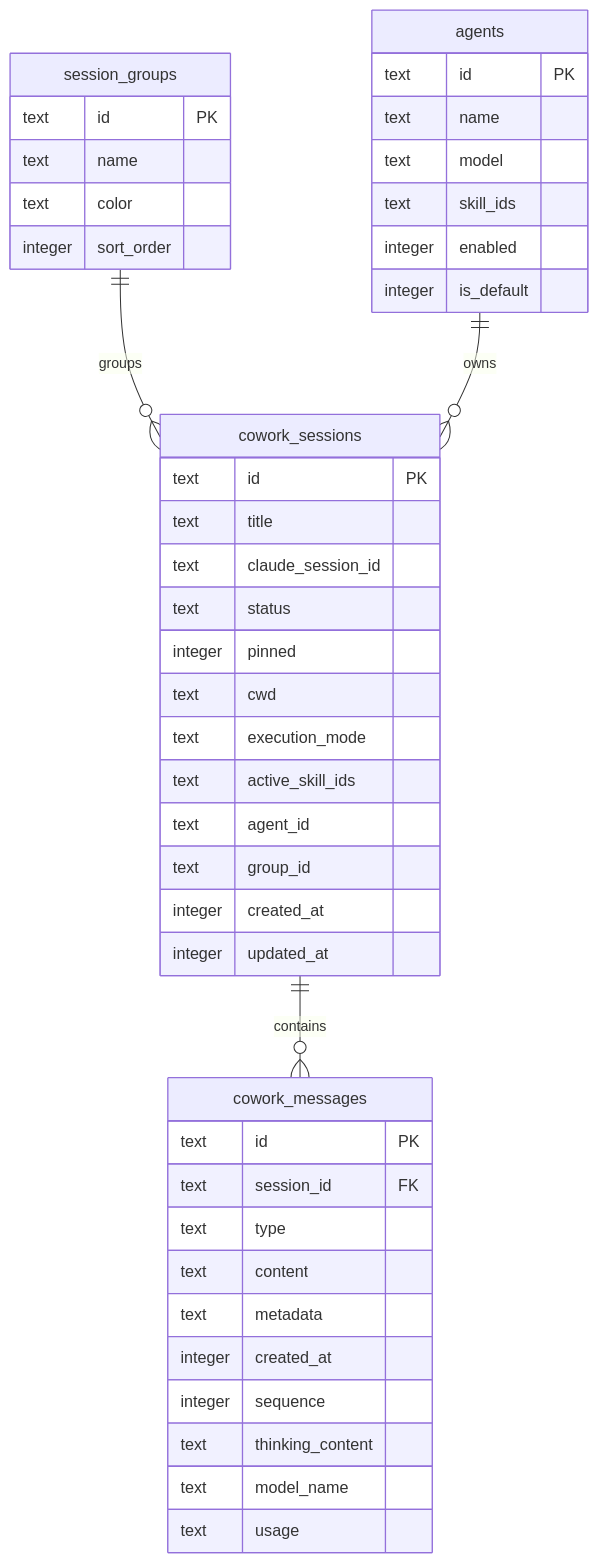
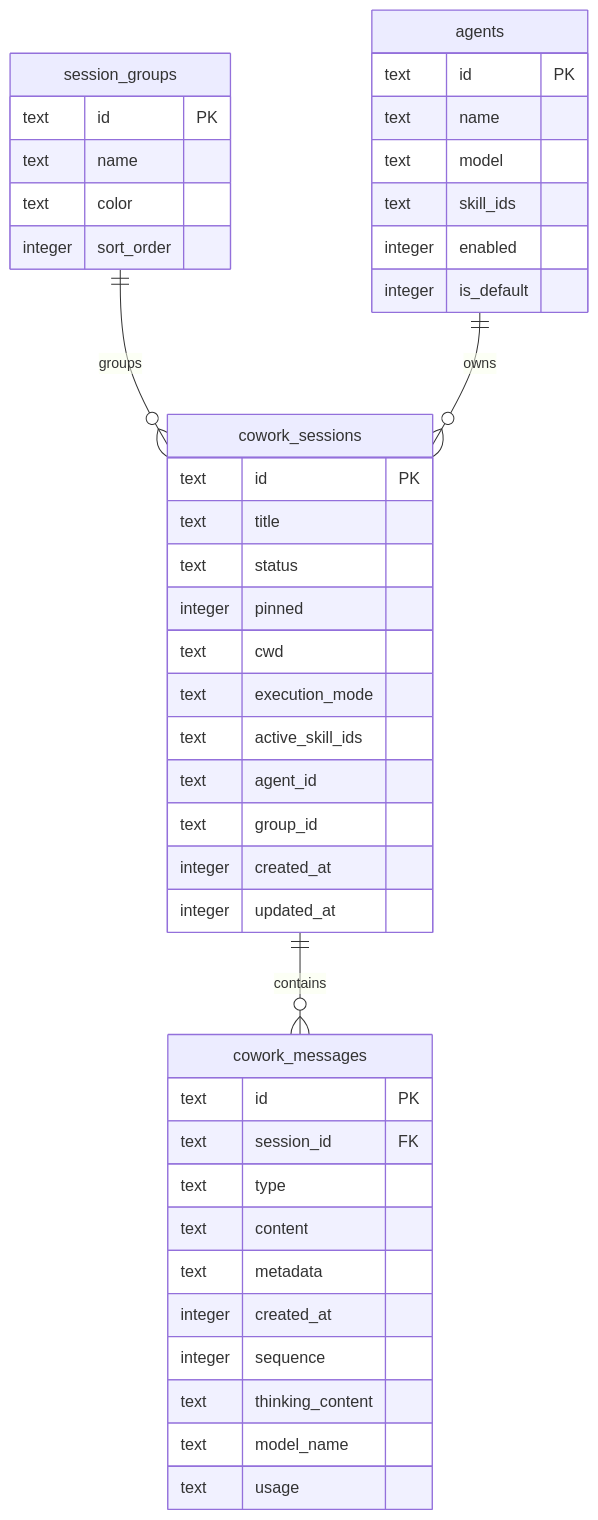
One commit to liangxhao/JustDo changed the second of 2 diagrams in docs/architecture/10-data-storage.md. Above: the diagram before and after it, drawn with Mermaid. The commit also changed other lines of this file and 30 other files, not shown here.

````diff
--- a/docs/architecture/10-data-storage.md
+++ b/docs/architecture/10-data-storage.md
@@ -49,50 +49,49 @@
 ```mermaid
 erDiagram
   cowork_sessions ||--o{ cowork_messages : contains
   session_groups ||--o{ cowork_sessions : groups
   agents ||--o{ cowork_sessions : owns
 
   cowork_sessions {
     text id PK
     text title
-    text claude_session_id
     text status
     integer pinned
     text cwd
     text execution_mode
     text active_skill_ids
     text agent_id
     text group_id
     integer created_at
     integer updated_at
   }
 
   cowork_messages {
     text id PK
     text session_id FK
     text type
     text content
     text metadata
     integer created_at
     integer sequence
     text thinking_content
     text model_name
     text usage
   }
 
   agents {
     text id PK
     text name
     text model
     text skill_ids
     integer enabled
     integer is_default
   }
 
   session_groups {
     text id PK
     text name
     text color
     integer sort_order
   }
 ```
````
